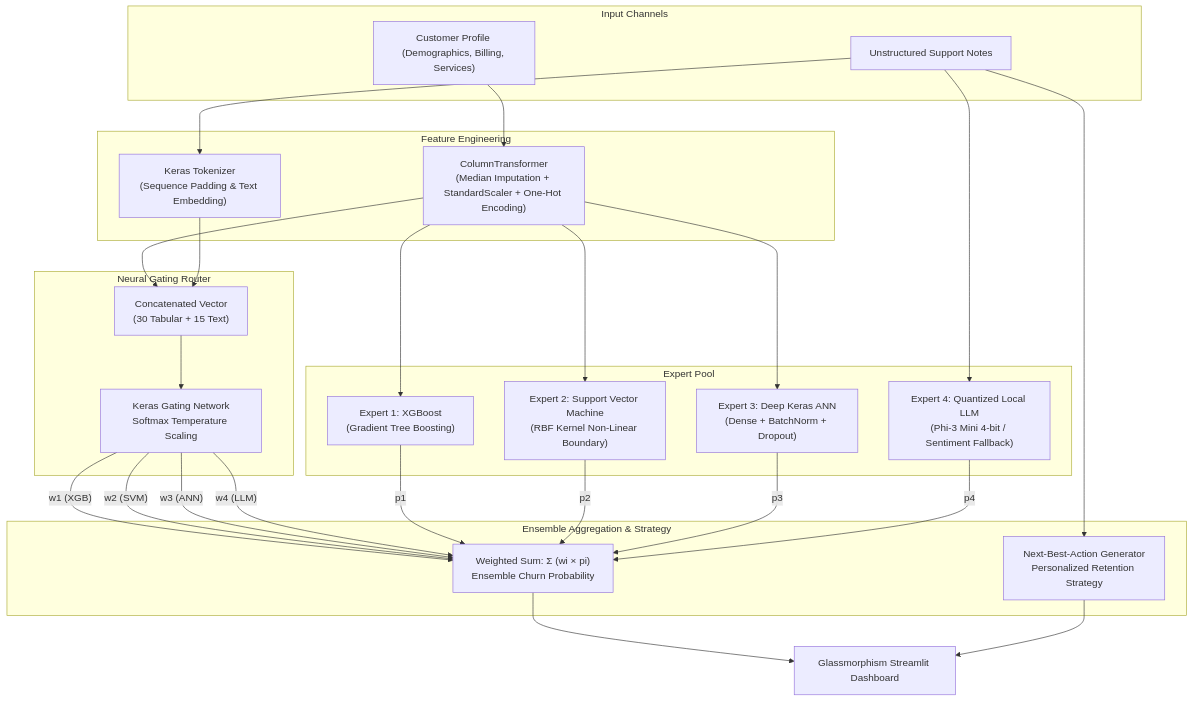
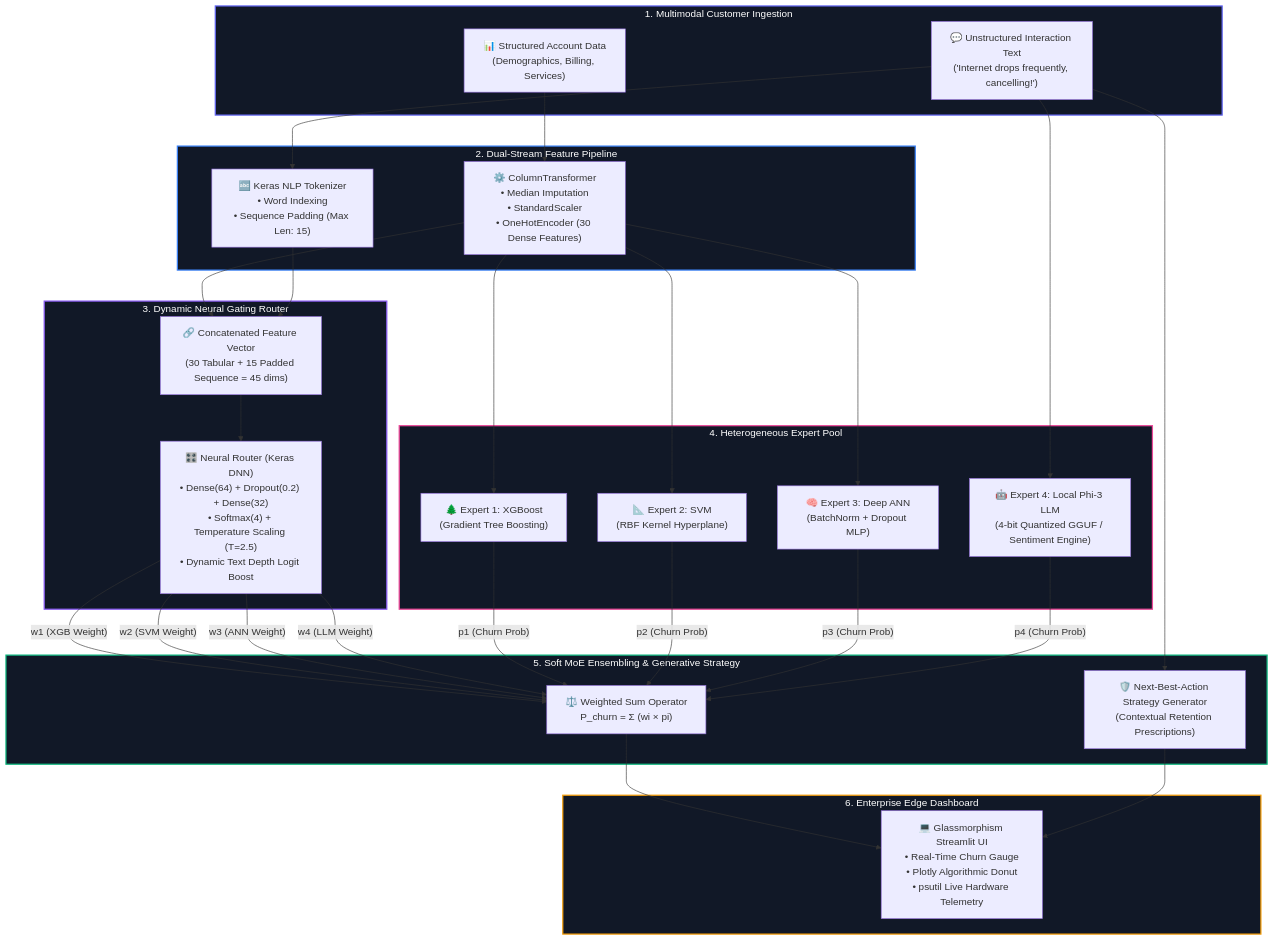
The diagram in README.md (AyushDev-io/proactive-retention-engine), drawn with Mermaid before and after one commit. The commit also changed other lines of this file and 3 other files, not shown here.

Commit message:
docs: enrich README with comprehensive architecture, telemetry, and execution guides

````diff
--- a/README.md
+++ b/README.md
@@ -44,54 +54,73 @@
 ```mermaid
 flowchart TD
-    subgraph Inputs ["Input Channels"]
-        TAB["Customer Profile (Demographics, Billing, Services)"]
-        TXT["Unstructured Support Notes"]
+    %% Input Sources
+    subgraph S1 ["1. Multimodal Customer Ingestion"]
+        TAB["📊 Structured Account Data\n(Demographics, Billing, Services)"]
+        TXT["💬 Unstructured Interaction Text\n('Internet drops frequently, cancelling!')"]
     end
 
-    subgraph Preprocessing ["Feature Engineering"]
-        P_TAB["ColumnTransformer\n(Median Imputation + StandardScaler + One-Hot Encoding)"]
-        P_TXT["Keras Tokenizer\n(Sequence Padding & Text Embedding)"]
+    %% Preprocessing Pipeline
+    subgraph S2 ["2. Dual-Stream Feature Pipeline"]
+        CP["⚙️ ColumnTransformer\n• Median Imputation\n• StandardScaler\n• OneHotEncoder (30 Dense Features)"]
+        TOK["🔤 Keras NLP Tokenizer\n• Word Indexing\n• Sequence Padding (Max Len: 15)"]
     end
 
-    TAB --> P_TAB
-    TXT --> P_TXT
+    TAB --> CP
+    TXT --> TOK
 
-    subgraph Router ["Neural Gating Router"]
-        COMB["Concatenated Vector\n(30 Tabular + 15 Text)"]
-        GATE["Keras Gating Network\nSoftmax Temperature Scaling"]
-        P_TAB --> COMB
-        P_TXT --> COMB
-        COMB --> GATE
+    %% Fusion and Router
+    subgraph S3 ["3. Dynamic Neural Gating Router"]
+        FUS["🔗 Concatenated Feature Vector\n(30 Tabular + 15 Padded Sequence = 45 dims)"]
+        ROUT["🎛️ Neural Router (Keras DNN)\n• Dense(64) + Dropout(0.2) + Dense(32)\n• Softmax(4) + Temperature Scaling (T=2.5)\n• Dynamic Text Depth Logit Boost"]
+        CP --> FUS
+        TOK --> FUS
+        FUS --> ROUT
     end
 
-    subgraph Experts ["Expert Pool"]
-        E1["Expert 1: XGBoost\n(Gradient Tree Boosting)"]
-        E2["Expert 2: Support Vector Machine\n(RBF Kernel Non-Linear Boundary)"]
-        E3["Expert 3: Deep Keras ANN\n(Dense + BatchNorm + Dropout)"]
-        E4["Expert 4: Quantized Local LLM\n(Phi-3 Mini 4-bit / Sentiment Fallback)"]
+    %% Expert Models
+    subgraph S4 ["4. Heterogeneous Expert Pool"]
+        E_XGB["🌲 Expert 1: XGBoost\n(Gradient Tree Boosting)"]
+        E_SVM["📐 Expert 2: SVM\n(RBF Kernel Hyperplane)"]
+        E_ANN["🧠 Expert 3: Deep ANN\n(BatchNorm + Dropout MLP)"]
+        E_LLM["🤖 Expert 4: Local Phi-3 LLM\n(4-bit Quantized GGUF / Sentiment Engine)"]
     end
 
-    P_TAB --> E1
-    P_TAB --> E2
-    P_TAB --> E3
-    TXT --> E4
+    CP --> E_XGB
+    CP --> E_SVM
+    CP --> E_ANN
+    TXT --> E_LLM
 
-    GATE -- "w1 (XGB)" --> ENS
-    GATE -- "w2 (SVM)" --> ENS
-    GATE -- "w3 (ANN)" --> ENS
-    GATE -- "w4 (LLM)" --> ENS
+    %% Aggregation
+    subgraph S5 ["5. Soft MoE Ensembling & Generative Strategy"]
+        ROUT -- "w1 (XGB Weight)" --> DOT
+        ROUT -- "w2 (SVM Weight)" --> DOT
+        ROUT -- "w3 (ANN Weight)" --> DOT
+        ROUT -- "w4 (LLM Weight)" --> DOT
 
-    E1 -- "p1" --> ENS
-    E2 -- "p2" --> ENS
-    E3 -- "p3" --> ENS
-    E4 -- "p4" --> ENS
+        E_XGB -- "p1 (Churn Prob)" --> DOT
+        E_SVM -- "p2 (Churn Prob)" --> DOT
+        E_ANN -- "p3 (Churn Prob)" --> DOT
+        E_LLM -- "p4 (Churn Prob)" --> DOT
 
-    subgraph Output ["Ensemble Aggregation & Strategy"]
-        ENS["Weighted Sum: Σ (wi × pi)\nEnsemble Churn Probability"]
-        STRAT["Next-Best-Action Generator\nPersonalized Retention Strategy"]
+        DOT["⚖️ Weighted Sum Operator\nP_churn = Σ (wi × pi)"]
+        NBA["🛡️ Next-Best-Action Strategy Generator\n(Contextual Retention Prescriptions)"]
     end
 
-    TXT --> STRAT
-    ENS --> DASH["Glassmorphism Streamlit Dashboard"]
-    STRAT --> DASH
+    TXT --> NBA
+
+    %% UI Presentation
+    subgraph S6 ["6. Enterprise Edge Dashboard"]
+        DASH["💻 Glassmorphism Streamlit UI\n• Real-Time Churn Gauge\n• Plotly Algorithmic Donut\n• psutil Live Hardware Telemetry"]
+    end
+
+    DOT --> DASH
+    NBA --> DASH
+
+    %% Styling
+    style S1 fill:#111827,stroke:#6366f1,stroke-width:2px,color:#fff
+    style S2 fill:#111827,stroke:#3b82f6,stroke-width:2px,color:#fff
+    style S3 fill:#111827,stroke:#8b5cf6,stroke-width:2px,color:#fff
+    style S4 fill:#111827,stroke:#ec4899,stroke-width:2px,color:#fff
+    style S5 fill:#111827,stroke:#10b981,stroke-width:2px,color:#fff
+    style S6 fill:#111827,stroke:#f59e0b,stroke-width:2px,color:#fff
 ```
````
